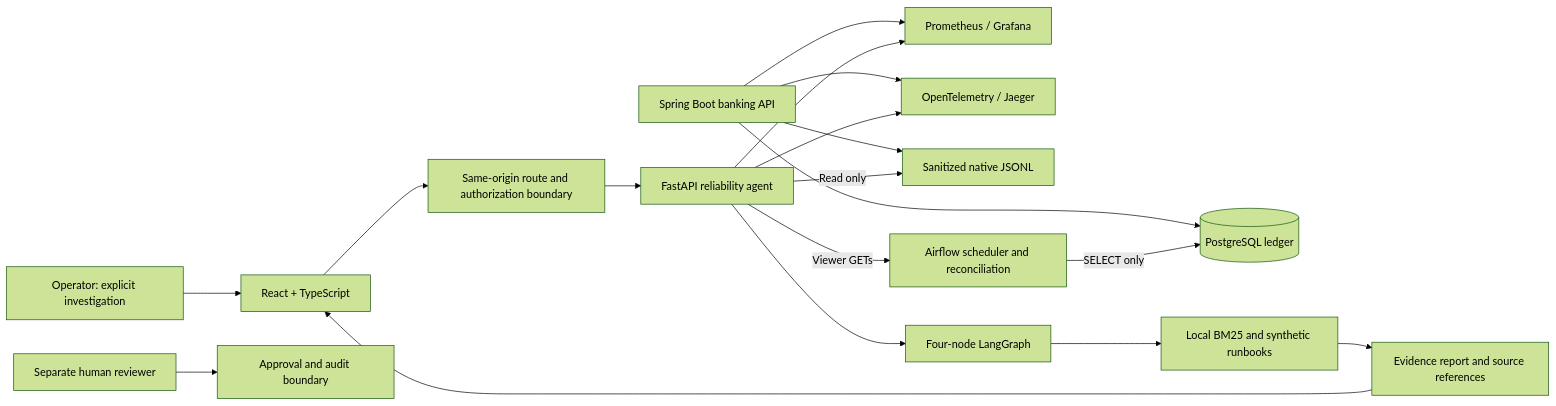
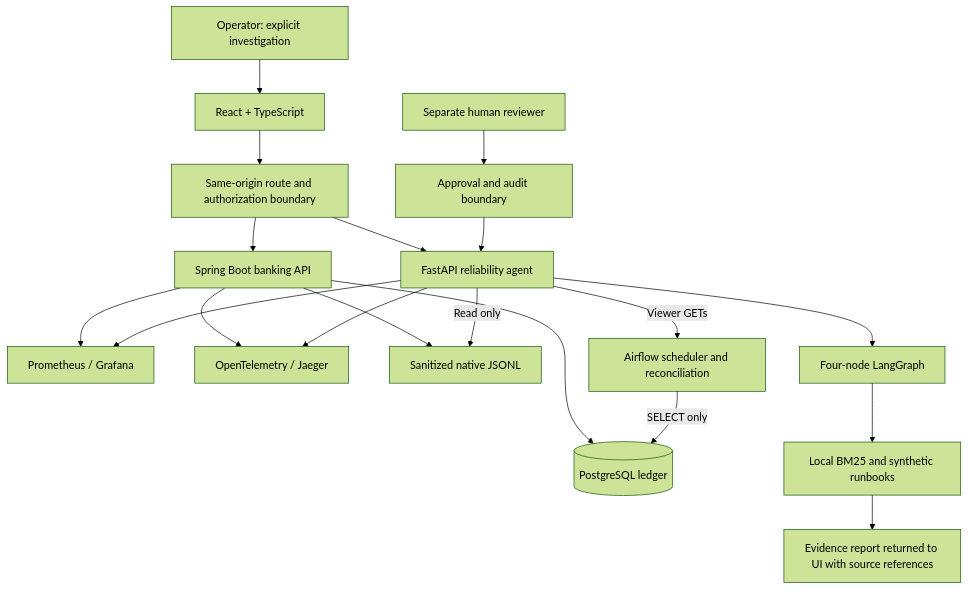
One commit to Bharathraj009/bankops-ai changed the diagram in README.md. Above: the diagram before and after it, drawn with Mermaid (forest theme). The commit also changed other lines of this file and 25 other files, not shown here.

````diff
--- a/README.md
+++ b/README.md
@@ -42,20 +42,21 @@
 ```mermaid
-flowchart LR
+flowchart TB
   User[Operator: explicit investigation] --> UI[React + TypeScript]
   UI --> Proxy[Same-origin route and authorization boundary]
   Proxy --> Agent[FastAPI reliability agent]
-  Banking[Spring Boot banking API] --> DB[(PostgreSQL ledger)]
+  Proxy --> Banking[Spring Boot banking API]
+  Banking --> DB[(PostgreSQL ledger)]
   Banking --> Metrics[Prometheus / Grafana]
   Banking --> Traces[OpenTelemetry / Jaeger]
   Banking --> Logs[Sanitized native JSONL]
   Airflow[Airflow scheduler and reconciliation] -->|SELECT only| DB
   Agent -->|Viewer GETs| Airflow
   Agent --> Metrics
   Agent --> Traces
   Agent -->|Read only| Logs
   Agent --> Graph[Four-node LangGraph]
   Graph --> RAG[Local BM25 and synthetic runbooks]
-  RAG --> Report[Evidence report and source references]
-  Report --> UI
+  RAG --> Report[Evidence report returned to UI with source references]
   Reviewer[Separate human reviewer] --> Approvals[Approval and audit boundary]
+  Approvals --> Agent
 ```
````
